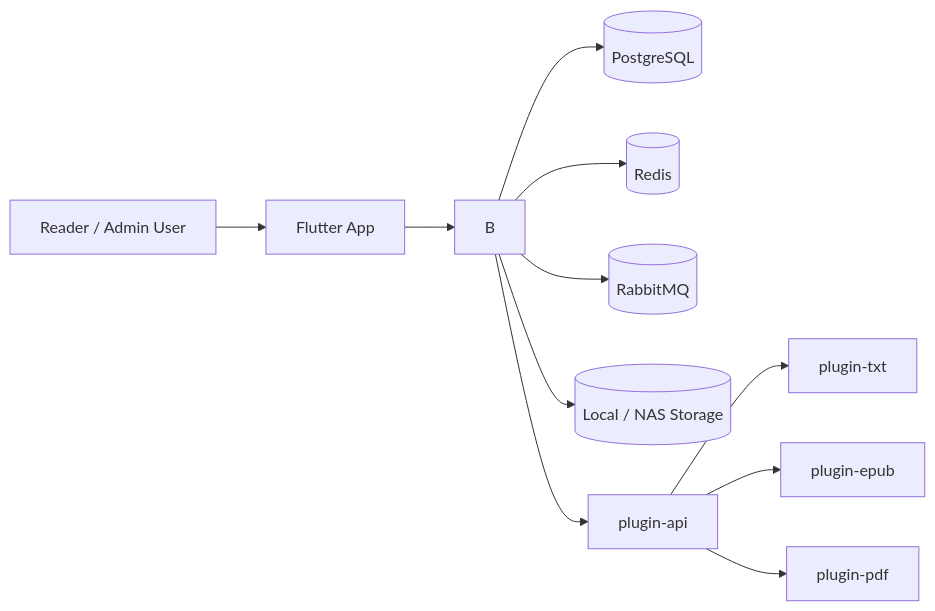
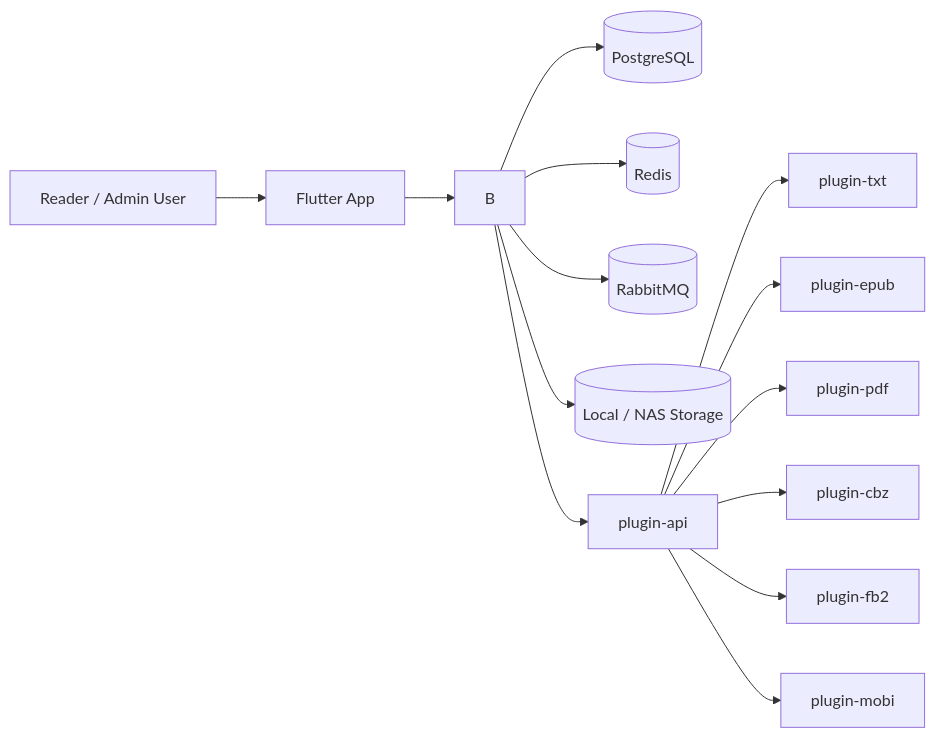
One commit to mini2436/Books changed the first of 3 diagrams in docs/系统详细设计文档.md. Above: the diagram before and after it, drawn with Mermaid. The commit also changed other lines of this file and 55 other files, not shown here.

````diff
--- a/docs/系统详细设计文档.md
+++ b/docs/系统详细设计文档.md
@@ -63,16 +63,19 @@
 ```mermaid
 flowchart LR
     U[Reader / Admin User] --> M[Flutter App]
 
     M --> B
 
     B --> PG[(PostgreSQL)]
     B --> R[(Redis)]
     B --> MQ[(RabbitMQ)]
     B --> FS[(Local / NAS Storage)]
 
     B --> P0[plugin-api]
     P0 --> P1[plugin-txt]
     P0 --> P2[plugin-epub]
     P0 --> P3[plugin-pdf]
+    P0 --> P4[plugin-cbz]
+    P0 --> P5[plugin-fb2]
+    P0 --> P6[plugin-mobi]
 ```
````
